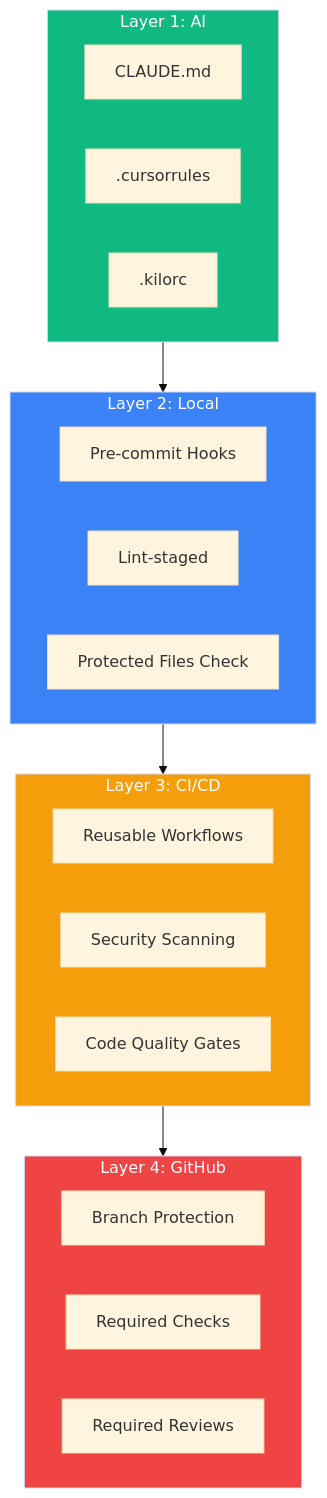
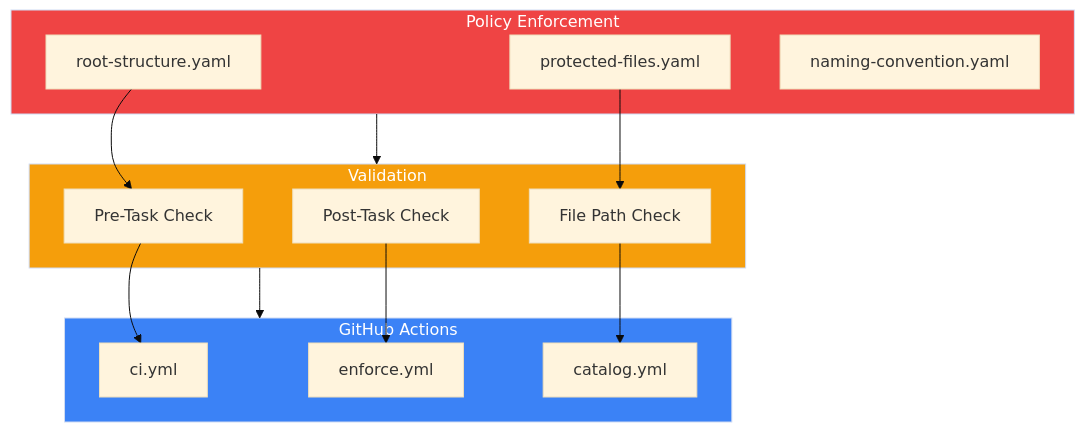
The fifth of 5 diagrams in docs/CODEMAP.md (alaweimm90/alaweimm90), drawn with Mermaid (base theme) before and after one commit. The commit also changed other lines of this file and 148 other files, not shown here.

````diff
--- a/docs/CODEMAP.md
+++ b/docs/CODEMAP.md
@@ -217,33 +195,33 @@
 ```mermaid
 flowchart TB
-    subgraph L4["Layer 4: GitHub"]
-        branch[Branch Protection]
-        checks[Required Checks]
-        reviews[Required Reviews]
+    subgraph Policies["Policy Enforcement"]
+        RootStructure[root-structure.yaml]
+        ProtectedFiles[protected-files.yaml]
+        NamingConvention[naming-convention.yaml]
     end
 
-    subgraph L3["Layer 3: CI/CD"]
-        workflows[Reusable Workflows]
-        security[Security Scanning]
-        quality[Code Quality Gates]
+    subgraph Validation["Validation"]
+        PreTask[Pre-Task Check]
+        PostTask[Post-Task Check]
+        FileCheck[File Path Check]
     end
 
-    subgraph L2["Layer 2: Local"]
-        precommit[Pre-commit Hooks]
-        lintstaged[Lint-staged]
-        protected[Protected Files Check]
+    subgraph Actions["GitHub Actions"]
+        CI[ci.yml]
+        Enforce[enforce.yml]
+        Catalog[catalog.yml]
     end
 
-    subgraph L1["Layer 1: AI"]
-        claude[CLAUDE.md]
-        cursor[.cursorrules]
-        kilo[.kilorc]
-    end
+    Policies --> Validation
+    Validation --> Actions
 
-    L1 --> L2 --> L3 --> L4
+    RootStructure --> PreTask
+    ProtectedFiles --> FileCheck
+    PreTask --> CI
+    PostTask --> Enforce
+    FileCheck --> Catalog
 
-    style L4 fill:#EF4444,color:#fff
-    style L3 fill:#F59E0B,color:#fff
-    style L2 fill:#3B82F6,color:#fff
-    style L1 fill:#10B981,color:#fff
+    style Policies fill:#EF4444,color:#fff
+    style Validation fill:#F59E0B,color:#fff
+    style Actions fill:#3B82F6,color:#fff
 ```
````
